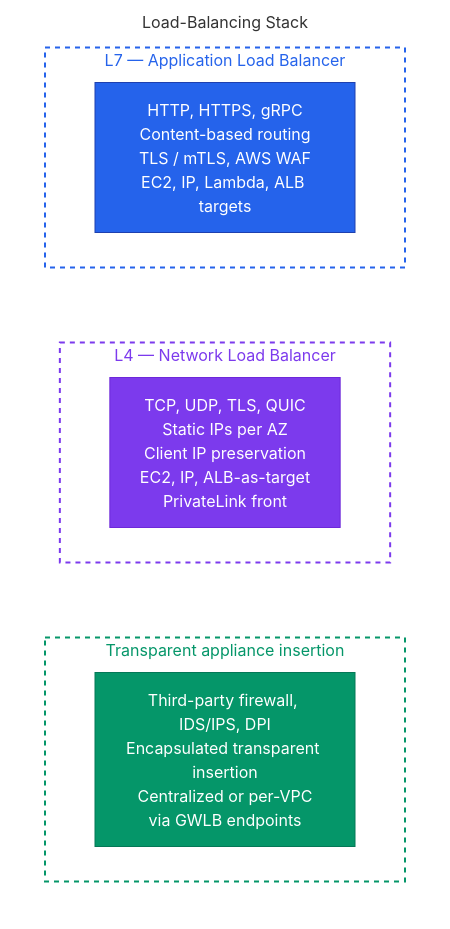
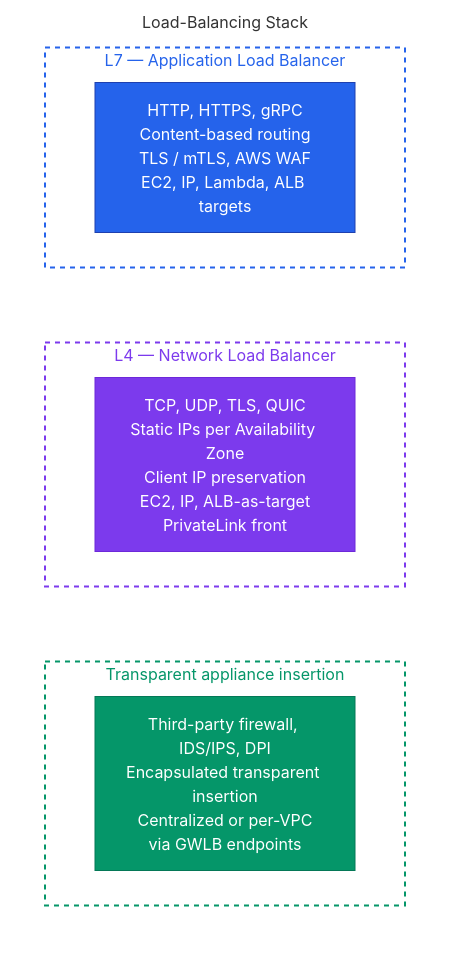
Before and after one commit to aws/aws-networking-best-practices: the second of 2 diagrams in content/application-networking/load-balancing.md, drawn with Mermaid (forest theme). The commit also changed other lines of this file and 21 other files, not shown here.

````diff
--- a/content/application-networking/load-balancing.md
+++ b/content/application-networking/load-balancing.md
@@ -527,28 +527,28 @@
 ``` mermaid
 graph TB
     subgraph Stack["Load-Balancing Stack"]
         direction TB
 
         subgraph L7["L7 — Application Load Balancer"]
             ALB2["HTTP, HTTPS, gRPC<br/>Content-based routing<br/>TLS / mTLS, AWS WAF<br/>EC2, IP, Lambda, ALB targets"]
         end
 
         subgraph L4["L4 — Network Load Balancer"]
-            NLB2["TCP, UDP, TLS, QUIC<br/>Static IPs per AZ<br/>Client IP preservation<br/>EC2, IP, ALB-as-target<br/>PrivateLink front"]
+            NLB2["TCP, UDP, TLS, QUIC<br/>Static IPs per Availability Zone<br/>Client IP preservation<br/>EC2, IP, ALB-as-target<br/>PrivateLink front"]
         end
 
         subgraph L3Insp["Transparent appliance insertion"]
             GWLB2["Third-party firewall, IDS/IPS, DPI<br/>Encapsulated transparent insertion<br/>Centralized or per-VPC<br/>via GWLB endpoints"]
         end
     end
 
     L7 ~~~ L4 ~~~ L3Insp
 
     style Stack fill:none,stroke:none
     style L7 fill:none,stroke:#2563eb,stroke-width:2px,stroke-dasharray:5 5,color:#2563eb
     style L4 fill:none,stroke:#7c3aed,stroke-width:2px,stroke-dasharray:5 5,color:#7c3aed
     style L3Insp fill:none,stroke:#059669,stroke-width:2px,stroke-dasharray:5 5,color:#059669
     style ALB2 fill:#2563eb,stroke:#1e40af,color:#fff
     style NLB2 fill:#7c3aed,stroke:#6d28d9,color:#fff
     style GWLB2 fill:#059669,stroke:#047857,color:#fff
 ```
````
